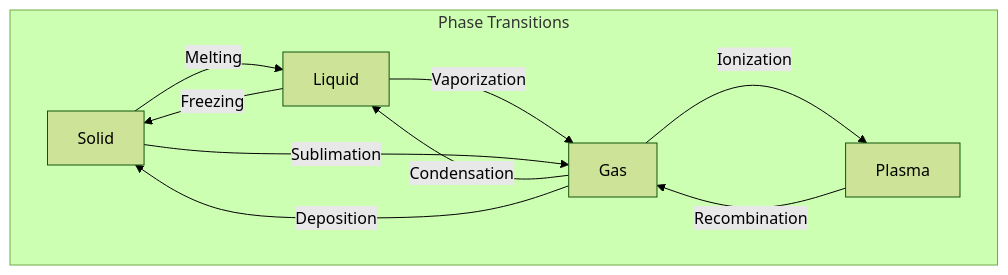
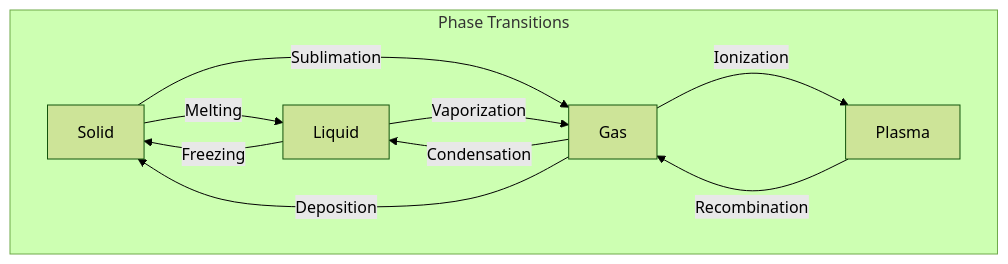
The diagram in 100_conditionals/161_chemical_phase_transition/chemical_phase_transition.md (mAbduqayum/python-workbook), drawn with Mermaid (forest theme) before and after one commit. The commit also changed other lines of this file, not shown here.

````diff
--- a/100_conditionals/161_chemical_phase_transition/chemical_phase_transition.md
+++ b/100_conditionals/161_chemical_phase_transition/chemical_phase_transition.md
@@ -13,15 +13,15 @@
 ```mermaid
 graph TD
     subgraph "Phase Transitions"
     %% Transitions involving Solid, Liquid, and Gas
         Solid -- Melting --> Liquid
+        Solid -- Sublimation --> Gas
         Liquid -- Freezing --> Solid
         Liquid -- Vaporization --> Gas
         Gas -- Condensation --> Liquid
-        Solid -- Sublimation --> Gas
         Gas -- Deposition --> Solid
     %% Transitions involving Plasma
         Gas -- Ionization --> Plasma
         Plasma -- Recombination --> Gas
     end
 ```
````
